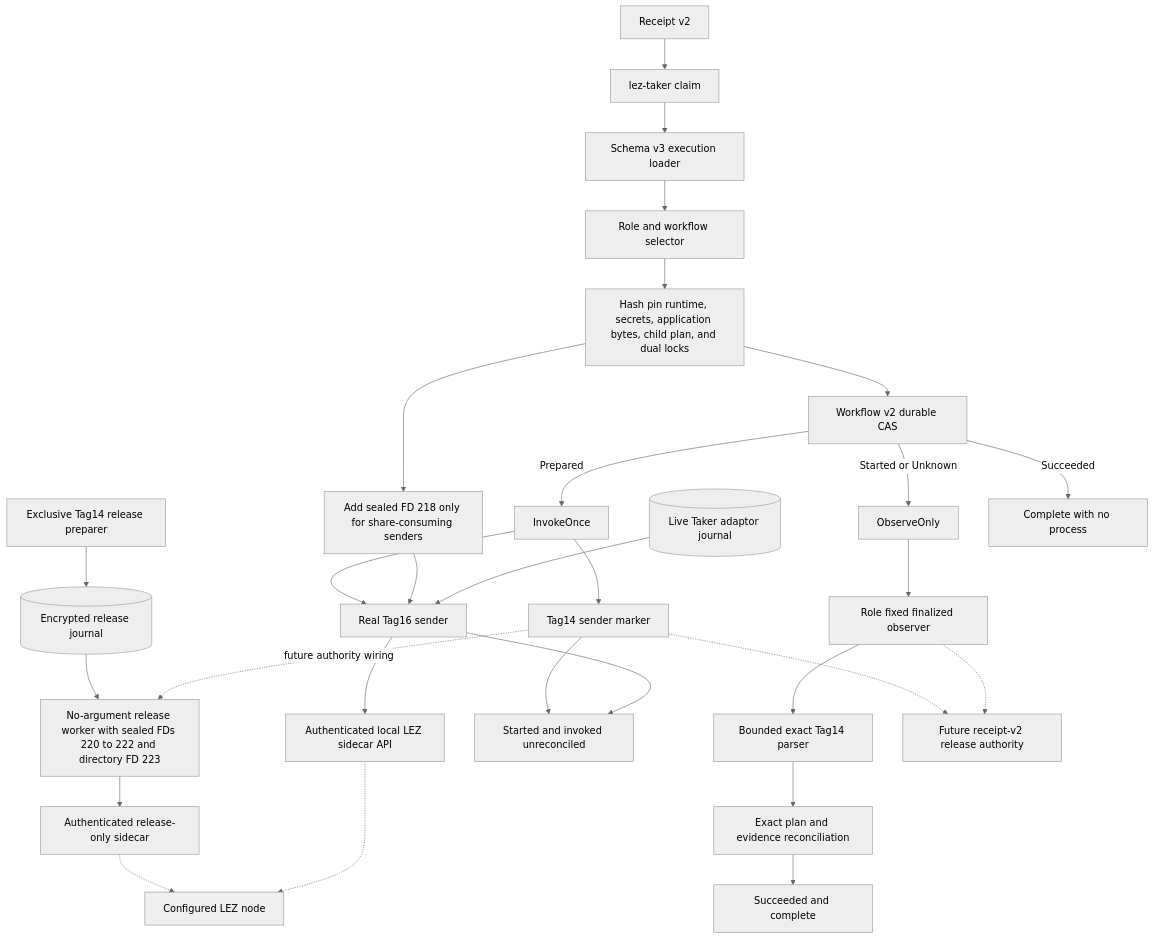
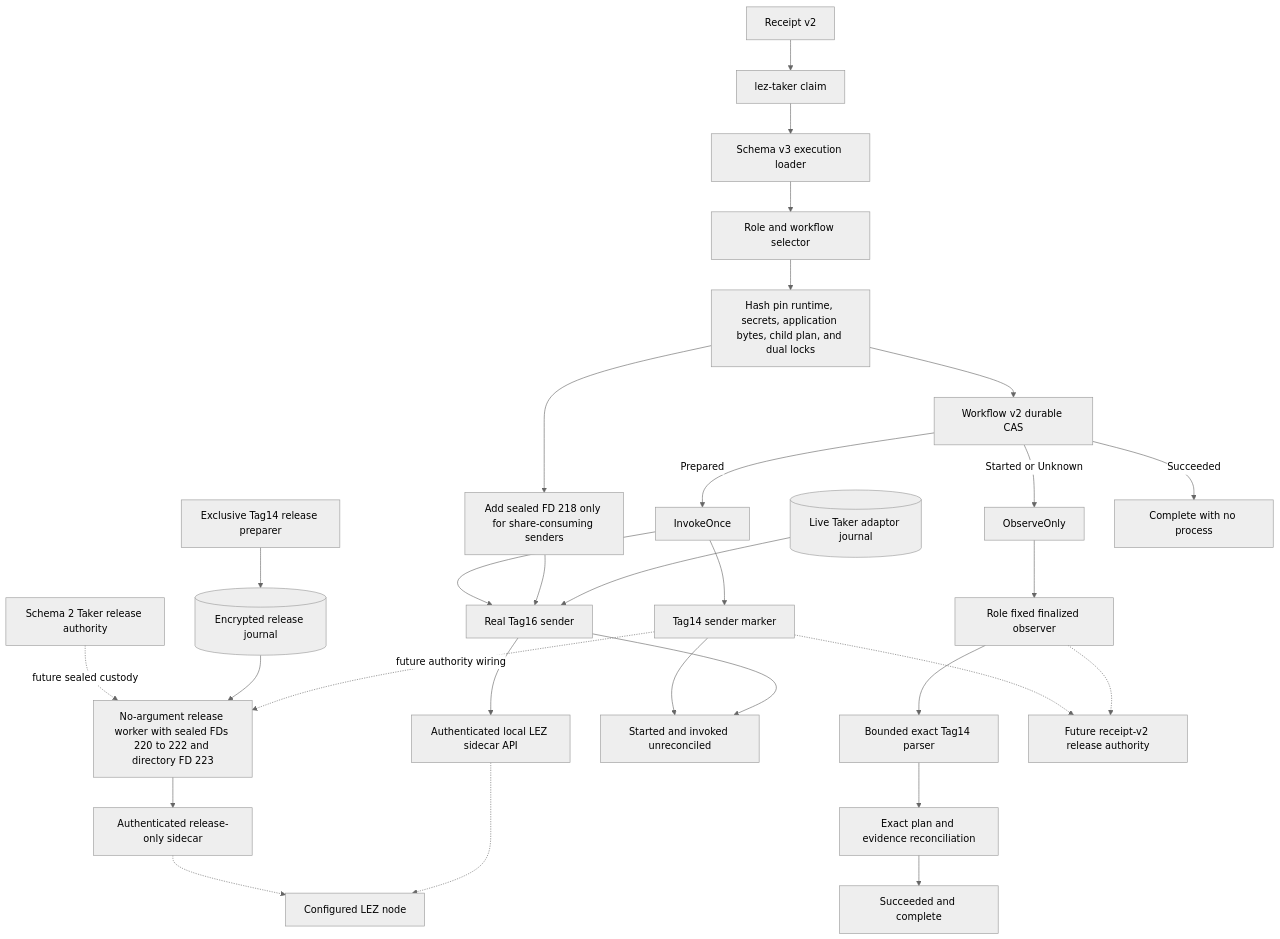
One commit to gateway-fm/lez-atomic-swaps changed diagram 27 of 40 in docs/architecture/system-architecture.md. Above: the diagram before and after it, drawn with Mermaid (neutral theme). The commit also changed 11 other files, not shown here.

Commit message:
feat(m7): version tag14 release authority

````diff
--- a/docs/architecture/system-architecture.md
+++ b/docs/architecture/system-architecture.md
@@ -2563,32 +2563,33 @@
 ```mermaid
 flowchart TB
     Receipt["Receipt v2"] --> Claim["lez-taker claim"]
     Claim --> Loader["Schema v3 execution loader"]
     Loader --> Selector["Role and workflow selector"]
     Selector --> Pin["Hash pin runtime, secrets, application bytes, child plan, and dual locks"]
     Pin --> Share["Add sealed FD 218 only for share-consuming senders"]
     Pin --> Authorize["Workflow v2 durable CAS"]
     Authorize -->|Prepared| Invoke["InvokeOnce"]
     Invoke --> Tag14["Tag14 sender marker"]
+    ReleaseAuthority["Schema 2 Taker release authority"] -.->|"future sealed custody"| ReleaseWorker
     ReleasePrepare["Exclusive Tag14 release preparer"] --> ReleaseJournal[("Encrypted release journal")]
     ReleaseJournal --> ReleaseWorker["No-argument release worker with sealed FDs 220 to 222 and directory FD 223"]
     Tag14 -.->|"future authority wiring"| ReleaseWorker
     ReleaseWorker --> ReleaseSidecar["Authenticated release-only sidecar"]
     ReleaseSidecar -.-> Node
     Invoke --> Tag16["Real Tag16 sender"]
     Share --> Tag16
     Journal[("Live Taker adaptor journal")] --> Tag16
     Tag16 --> Sidecar["Authenticated local LEZ sidecar API"]
     Sidecar -.-> Node["Configured LEZ node"]
     Started["Started and invoked unreconciled"]
     Tag14 --> Started
     Tag16 --> Started
     Authorize -->|Started or Unknown| Observe["ObserveOnly"]
     Observe --> Observer["Role fixed finalized observer"]
     Observer --> Parser["Bounded exact Tag14 parser"]
     Parser --> Reconcile["Exact plan and evidence reconciliation"]
     Reconcile --> Succeeded["Succeeded and complete"]
     Authorize -->|Succeeded| Complete["Complete with no process"]
     Tag14 -.-> Rpc["Future receipt-v2 release authority"]
     Observer -.-> Rpc
 ```
````
